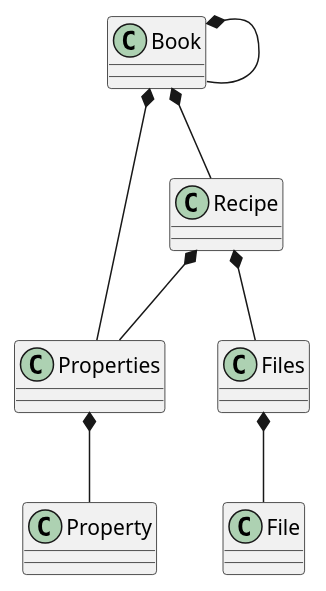
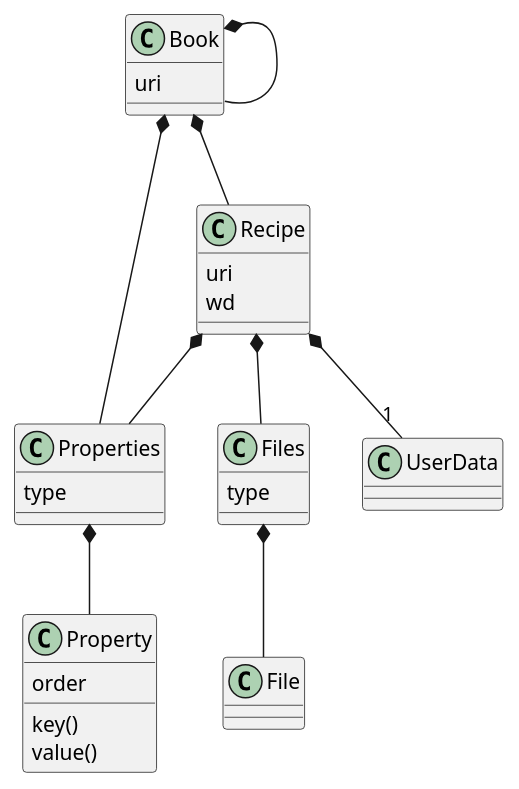
The diagram in doc/design/src/model/model.puml (decode-it/cook), drawn with PlantUML before and after one commit.

```diff
--- a/doc/design/src/model/model.puml
+++ b/doc/design/src/model/model.puml
@@ -1,17 +1,31 @@
 @startuml
 class Book
 class Recipe
 class Properties
 class Property
 class Files
 class File
+class UserData
 
 Book *-- Book
 Book *-- Recipe
 Book *-- Properties
+Book : uri
+
 Recipe *-- Files
 Recipe *-- Properties
+Recipe *-- "1" UserData
+Recipe : uri
+Recipe : wd
+
 Properties *-- Property
+Properties : type
+
+Property : order
+Property : key()
+Property : value()
+
 Files *-- File
+Files : type
 
 @enduml
```
